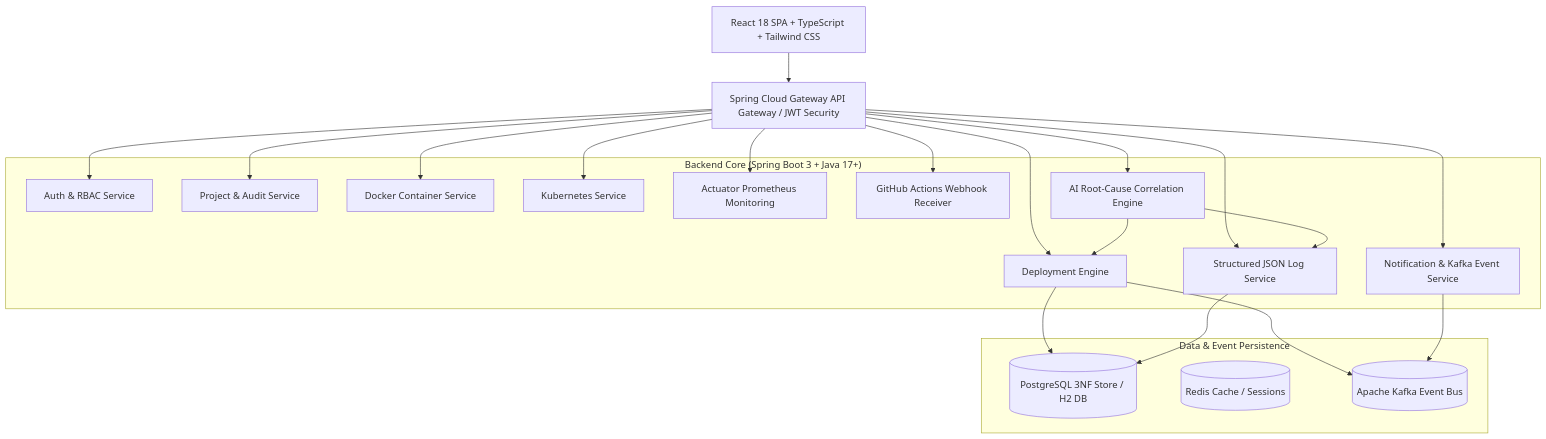
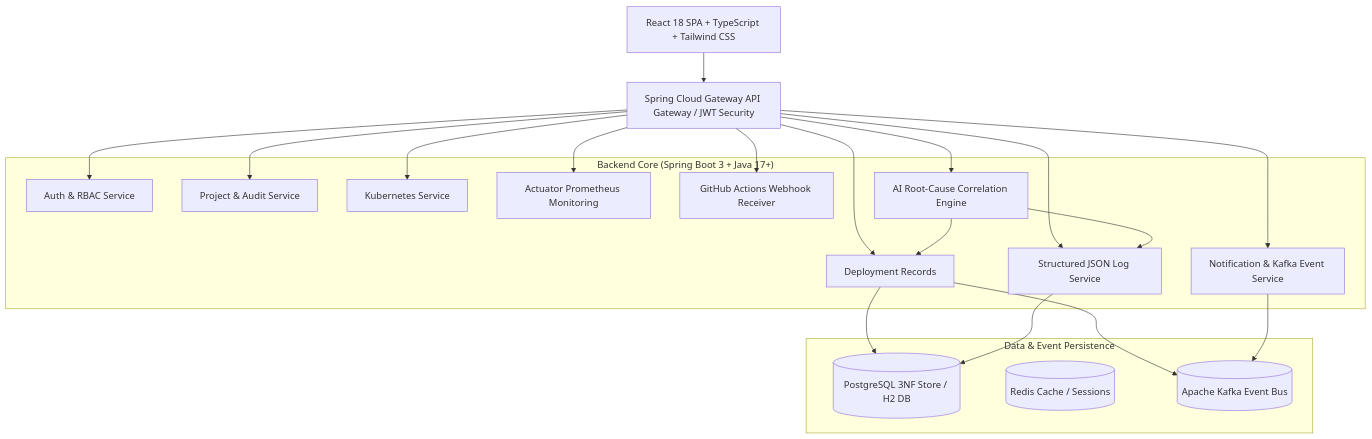
The diagram in README.md (jestin-16/OpsPilot), drawn with Mermaid before and after one commit. The commit also changed other lines of this file and 34 other files, not shown here.

````diff
--- a/README.md
+++ b/README.md
@@ -9,43 +9,41 @@
 ```mermaid
 graph TD
     Client[React 18 SPA + TypeScript + Tailwind CSS]
     Gateway[Spring Cloud Gateway API Gateway / JWT Security]
     
     subgraph "Backend Core (Spring Boot 3 + Java 17+)"
         AuthService[Auth & RBAC Service]
         ProjService[Project & Audit Service]
-        DeployService[Deployment Engine]
-        DockerService[Docker Container Service]
+        DeployService[Deployment Records]
         K8sService[Kubernetes Service]
         LogService[Structured JSON Log Service]
         NotifService[Notification & Kafka Event Service]
         MonitorService[Actuator Prometheus Monitoring]
         CiCdService[GitHub Actions Webhook Receiver]
         AiService[AI Root-Cause Correlation Engine]
     end
 
     subgraph "Data & Event Persistence"
         PostgreSQL[(PostgreSQL 3NF Store / H2 DB)]
         Redis[(Redis Cache / Sessions)]
         Kafka[(Apache Kafka Event Bus)]
     end
 
     Client --> Gateway
     Gateway --> AuthService
     Gateway --> ProjService
     Gateway --> DeployService
-    Gateway --> DockerService
     Gateway --> K8sService
     Gateway --> LogService
     Gateway --> NotifService
     Gateway --> MonitorService
     Gateway --> CiCdService
     Gateway --> AiService
 
     DeployService --> PostgreSQL
     DeployService --> Kafka
     NotifService --> Kafka
     LogService --> PostgreSQL
     AiService --> LogService
     AiService --> DeployService
 ```
````
